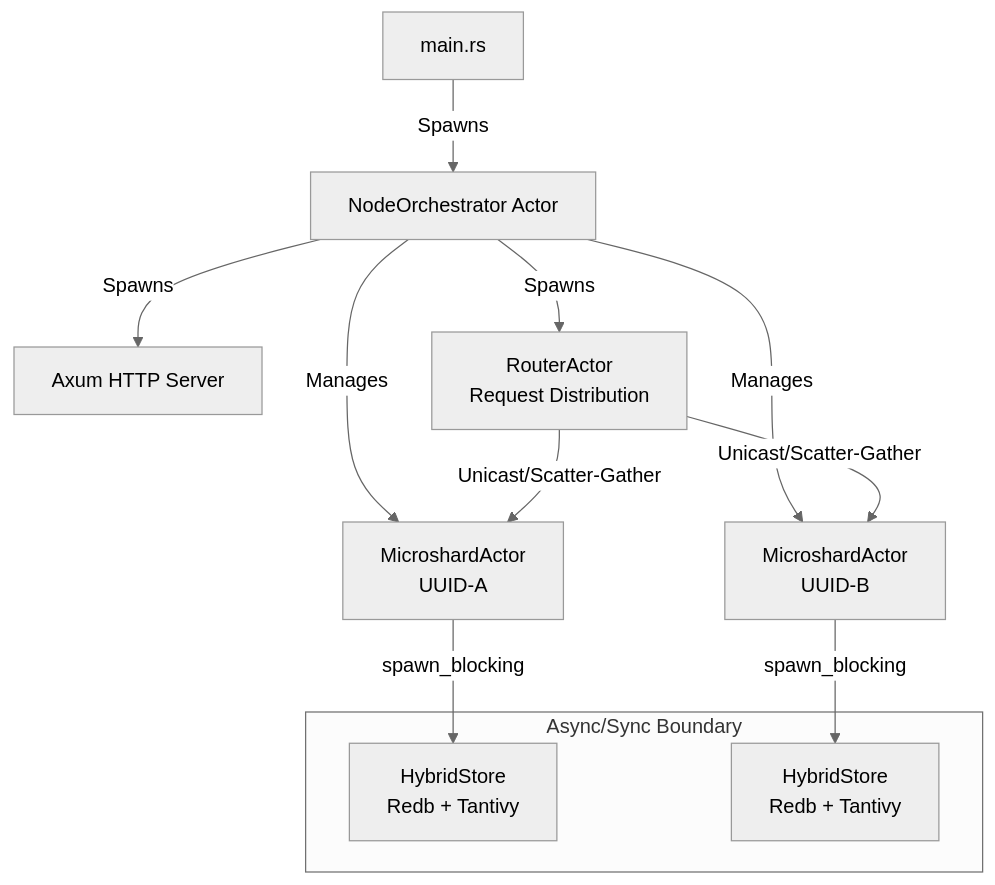
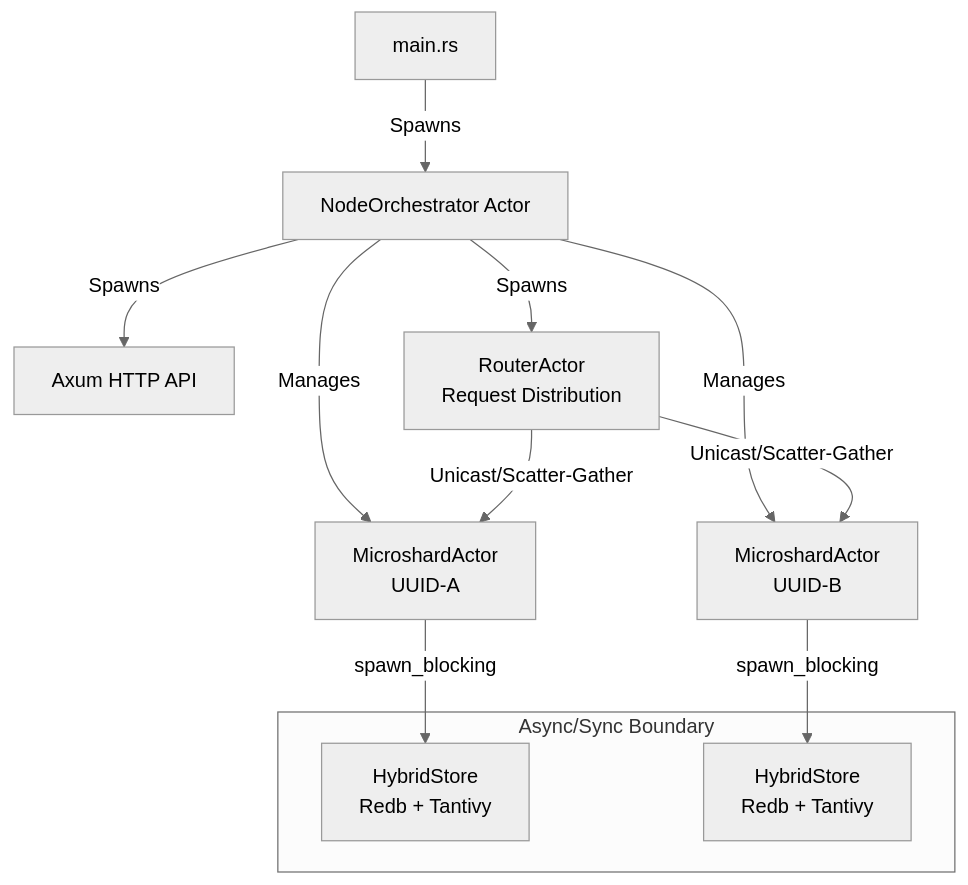
Before and after one commit to cameodb/cameodb: the first of 2 diagrams in ARCHITECTURE.md, drawn with Mermaid (neutral theme). The commit also changed other lines of this file and 26 other files, not shown here.

````diff
--- a/ARCHITECTURE.md
+++ b/ARCHITECTURE.md
@@ -52,18 +53,18 @@
 ```mermaid
 graph TD
     Entry[main.rs] -->|Spawns| Orchestrator[NodeOrchestrator Actor]
-    Orchestrator -->|Spawns| API[Axum HTTP Server]
+    Orchestrator -->|Spawns| API[Axum HTTP API]
     Orchestrator -->|Spawns| Router[RouterActor <br/> Request Distribution]
     Orchestrator -->|Manages| Shard1[MicroshardActor <br/> UUID-A]
     Orchestrator -->|Manages| Shard2[MicroshardActor <br/> UUID-B]
     
     Router -->|Unicast/Scatter-Gather| Shard1
     Router -->|Unicast/Scatter-Gather| Shard2
     Shard1 -->|spawn_blocking| HybridStore1[HybridStore <br/> Redb + Tantivy]
     Shard2 -->|spawn_blocking| HybridStore2[HybridStore <br/> Redb + Tantivy]
     
     subgraph "Async/Sync Boundary"
         HybridStore1
         HybridStore2
     end
 ```
````
